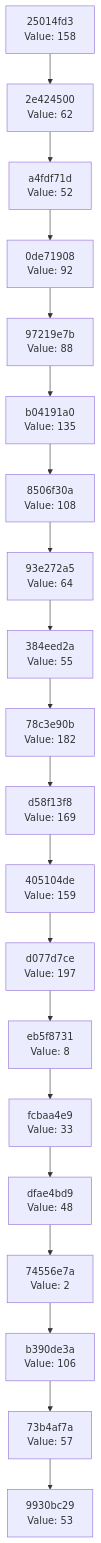
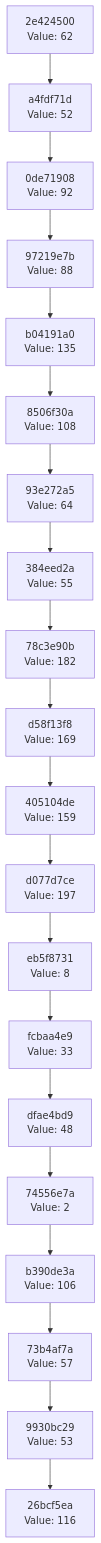
Before and after one commit to Abhisheksinha1506/hash-chain-evolver: the diagram in docs/CHAIN_VISUALIZATION.md, drawn with Mermaid. The commit also changed 3 other files, not shown here.

````diff
--- a/docs/CHAIN_VISUALIZATION.md
+++ b/docs/CHAIN_VISUALIZATION.md
@@ -3,42 +3,42 @@
 ```mermaid
 graph TD
-    C0["9930bc29<br/>Value: 53"]
-    C1["73b4af7a<br/>Value: 57"]
+    C0["26bcf5ea<br/>Value: 116"]
+    C1["9930bc29<br/>Value: 53"]
     C1 --> C0
-    C2["b390de3a<br/>Value: 106"]
+    C2["73b4af7a<br/>Value: 57"]
     C2 --> C1
-    C3["74556e7a<br/>Value: 2"]
+    C3["b390de3a<br/>Value: 106"]
     C3 --> C2
-    C4["dfae4bd9<br/>Value: 48"]
+    C4["74556e7a<br/>Value: 2"]
     C4 --> C3
-    C5["fcbaa4e9<br/>Value: 33"]
+    C5["dfae4bd9<br/>Value: 48"]
     C5 --> C4
-    C6["eb5f8731<br/>Value: 8"]
+    C6["fcbaa4e9<br/>Value: 33"]
     C6 --> C5
-    C7["d077d7ce<br/>Value: 197"]
+    C7["eb5f8731<br/>Value: 8"]
     C7 --> C6
-    C8["405104de<br/>Value: 159"]
+    C8["d077d7ce<br/>Value: 197"]
     C8 --> C7
-    C9["d58f13f8<br/>Value: 169"]
+    C9["405104de<br/>Value: 159"]
     C9 --> C8
-    C10["78c3e90b<br/>Value: 182"]
+    C10["d58f13f8<br/>Value: 169"]
     C10 --> C9
-    C11["384eed2a<br/>Value: 55"]
+    C11["78c3e90b<br/>Value: 182"]
     C11 --> C10
-    C12["93e272a5<br/>Value: 64"]
+    C12["384eed2a<br/>Value: 55"]
     C12 --> C11
-    C13["8506f30a<br/>Value: 108"]
+    C13["93e272a5<br/>Value: 64"]
     C13 --> C12
-    C14["b04191a0<br/>Value: 135"]
+    C14["8506f30a<br/>Value: 108"]
     C14 --> C13
-    C15["97219e7b<br/>Value: 88"]
+    C15["b04191a0<br/>Value: 135"]
     C15 --> C14
-    C16["0de71908<br/>Value: 92"]
+    C16["97219e7b<br/>Value: 88"]
     C16 --> C15
-    C17["a4fdf71d<br/>Value: 52"]
+    C17["0de71908<br/>Value: 92"]
     C17 --> C16
-    C18["2e424500<br/>Value: 62"]
+    C18["a4fdf71d<br/>Value: 52"]
     C18 --> C17
-    C19["25014fd3<br/>Value: 158"]
+    C19["2e424500<br/>Value: 62"]
     C19 --> C18
 ```
````
